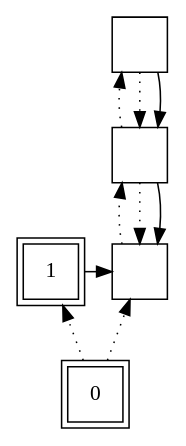
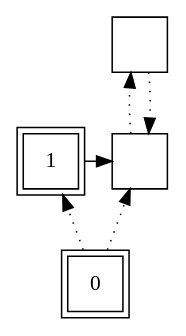
The diagram in mid/19/abstract.gv (increpare/AbstractPropagationSim), drawn with Graphviz before and after one commit. The commit also changed 11 other files, not shown here.

```diff
--- a/mid/19/abstract.gv
+++ b/mid/19/abstract.gv
@@ -1,18 +1,13 @@
 digraph G {
 rankdir = BT;
 Node [ fontname="Apple Symbols"];
 Player		[ label="1" shape=square peripheries=2];
 Ground		[ label="0" shape=square peripheries=2];
 Island0		[ label="" shape=square];
 Island1		[ label="" shape=square];
-Island2		[ label="" shape=square];
 	"Ground" -> "Player" [style=dotted ];
 	"Player" -> "Island0" [constraint=false];
 	"Island1" -> "Island0" [style=dotted ];
 	"Ground" -> "Island0" [style=dotted ];
 	"Island0" -> "Island1" [style=dotted ];
-	"Island2" -> "Island1" [style=dotted ];
-	"Island1" -> "Island2" [style=dotted ];
-	"Island1" -> "Island0" [constraint=false];
-	"Island2" -> "Island1" [constraint=false];
 }
```
